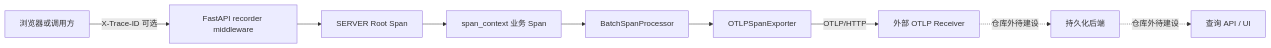
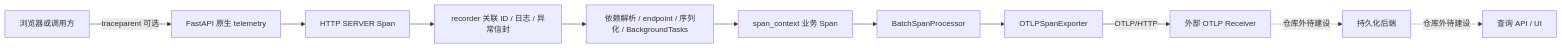
One commit to lilinzezzzzzz/agent-backend changed the first of 2 diagrams in docs/opentelemetry/project_integration_and_persistence.md. Above: the diagram before and after it, drawn with Mermaid. The commit also changed other lines of this file and 16 other files, not shown here.

First line of the commit message:
feat(observability): 接入 FastAPI 原生 telemetry 与 W3C traceparent

````diff
--- a/docs/opentelemetry/project_integration_and_persistence.md
+++ b/docs/opentelemetry/project_integration_and_persistence.md
@@ -36,11 +36,13 @@
 ```mermaid
 flowchart LR
-    Client[浏览器或调用方] -->|X-Trace-ID 可选| Middleware[FastAPI recorder middleware]
-    Middleware --> RootSpan[SERVER Root Span]
-    RootSpan --> BusinessSpan[span_context 业务 Span]
+    Client[浏览器或调用方] -->|traceparent 可选| Native[FastAPI 原生 telemetry]
+    Native --> RootSpan[HTTP SERVER Span]
+    RootSpan --> Middleware[recorder 关联 ID / 日志 / 异常信封]
+    Middleware --> Framework[依赖解析 / endpoint / 序列化 / BackgroundTasks]
+    Framework --> BusinessSpan[span_context 业务 Span]
     BusinessSpan --> Processor[BatchSpanProcessor]
     Processor --> Exporter[OTLPSpanExporter]
     Exporter -->|OTLP/HTTP| Receiver[外部 OTLP Receiver]
     Receiver -.仓库外待建设.-> Storage[持久化后端]
     Storage -.仓库外待建设.-> Query[查询 API / UI]
 ```
````
